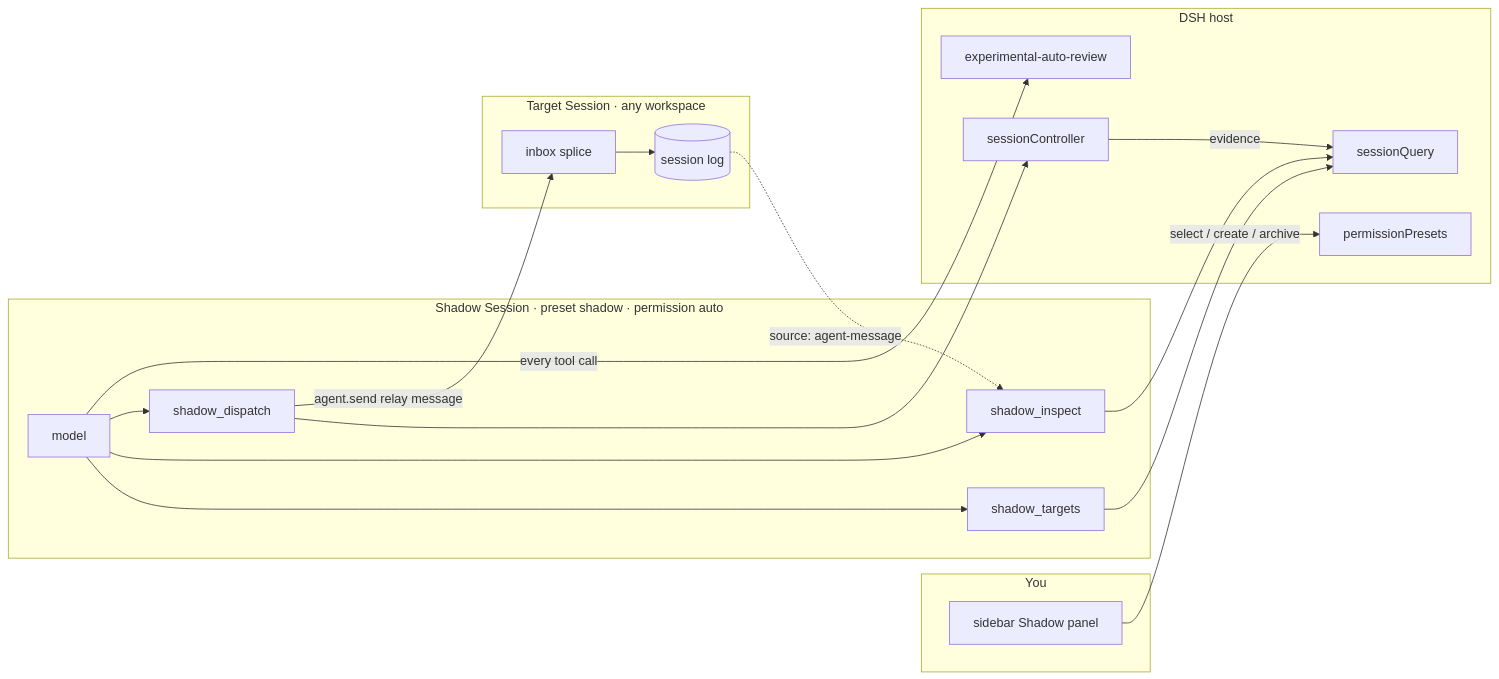
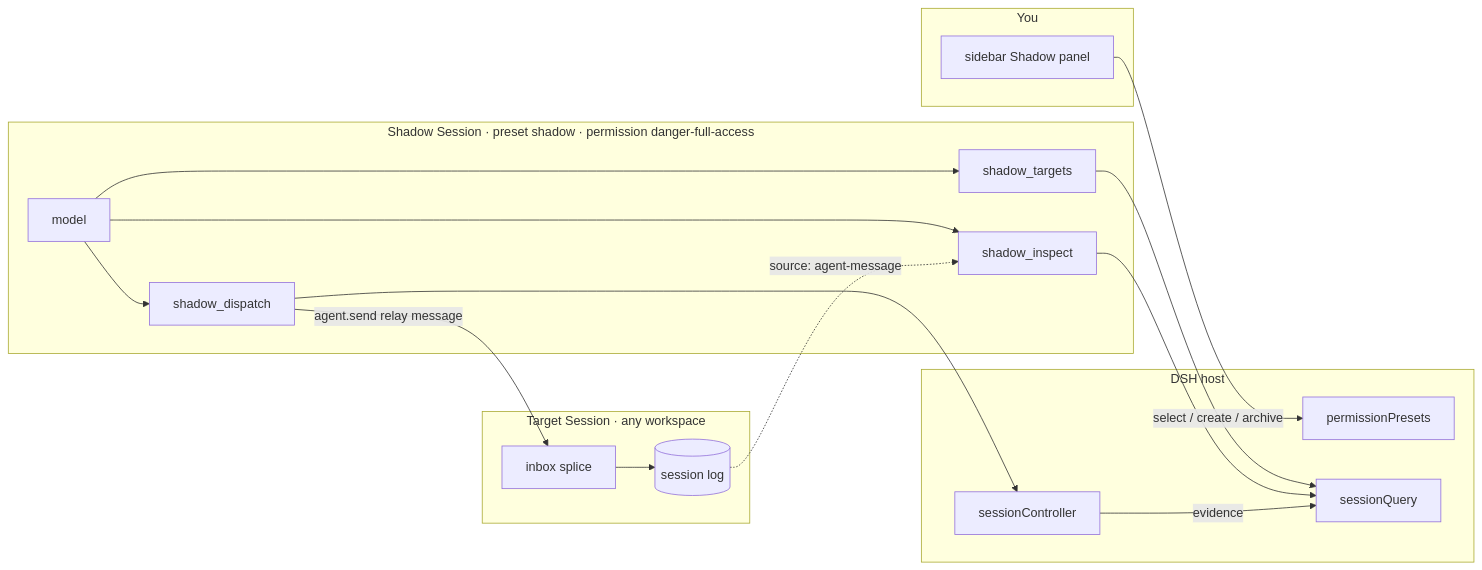
Before and after one commit to RD2100/rd-shadow: the diagram in README.en.md, drawn with Mermaid. The commit also changed other lines of this file and 26 other files, not shown here.

````diff
--- a/README.en.md
+++ b/README.en.md
@@ -97,35 +108,33 @@
 ```mermaid
 flowchart LR
   subgraph user[You]
     U[sidebar Shadow panel]
   end
 
-  subgraph shadow[Shadow Session · preset shadow · permission auto]
+  subgraph shadow[Shadow Session · preset shadow · permission danger-full-access]
     M[model]
     T1[shadow_targets]
     T2[shadow_inspect]
     T3[shadow_dispatch]
   end
 
   subgraph target[Target Session · any workspace]
     IN[inbox splice]
     LOG[(session log)]
   end
 
   subgraph host[DSH host]
     PP[permissionPresets]
     SQ[sessionQuery]
     SC[sessionController]
-    AR[experimental-auto-review]
   end
 
   U -->|select / create / archive| PP
   M --> T1 --> SQ
   M --> T2 --> SQ
   M --> T3 --> SC
   T3 -->|agent.send relay message| IN
   IN --> LOG
   SC -->|evidence| SQ
   LOG -.->|source: agent-message| T2
-  M -->|every tool call| AR
 ```
````
